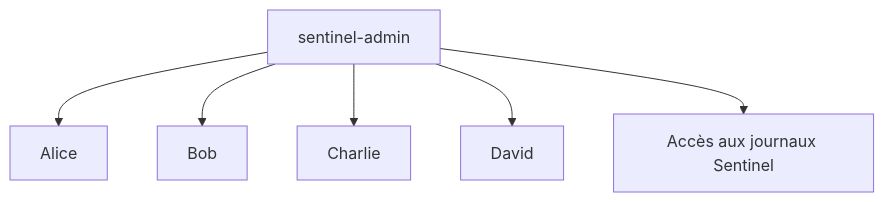
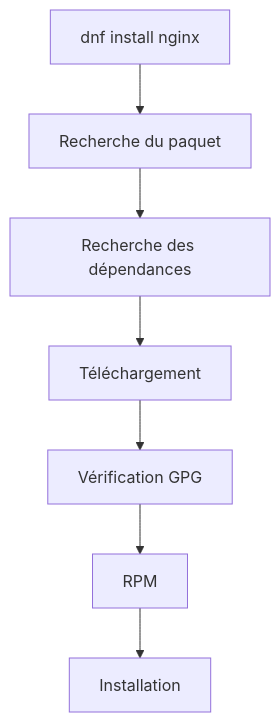
The tenth of 20 diagrams in campagne 1/1.5.md (tdelaclos/formations), drawn with Mermaid before and after one commit. The commit also changed other lines of this file, not shown here.

````diff
--- a/campagne 1/1.5.md
+++ b/campagne 1/1.5.md
@@ -789,15 +625,24 @@
 ```mermaid
 flowchart TD
 
-A["sentinel-admin"]
+A["dnf install nginx"]
 
-A --> B["Alice"]
+B["Recherche du paquet"]
 
-A --> C["Bob"]
+C["Recherche des dépendances"]
 
-A --> D["Charlie"]
+D["Téléchargement"]
 
-A --> E["David"]
+E["Vérification GPG"]
 
-A --> F["Accès aux journaux Sentinel"]
+F["RPM"]
+
+G["Installation"]
+
+A --> B
+B --> C
+C --> D
+D --> E
+E --> F
+F --> G
 ```
````
